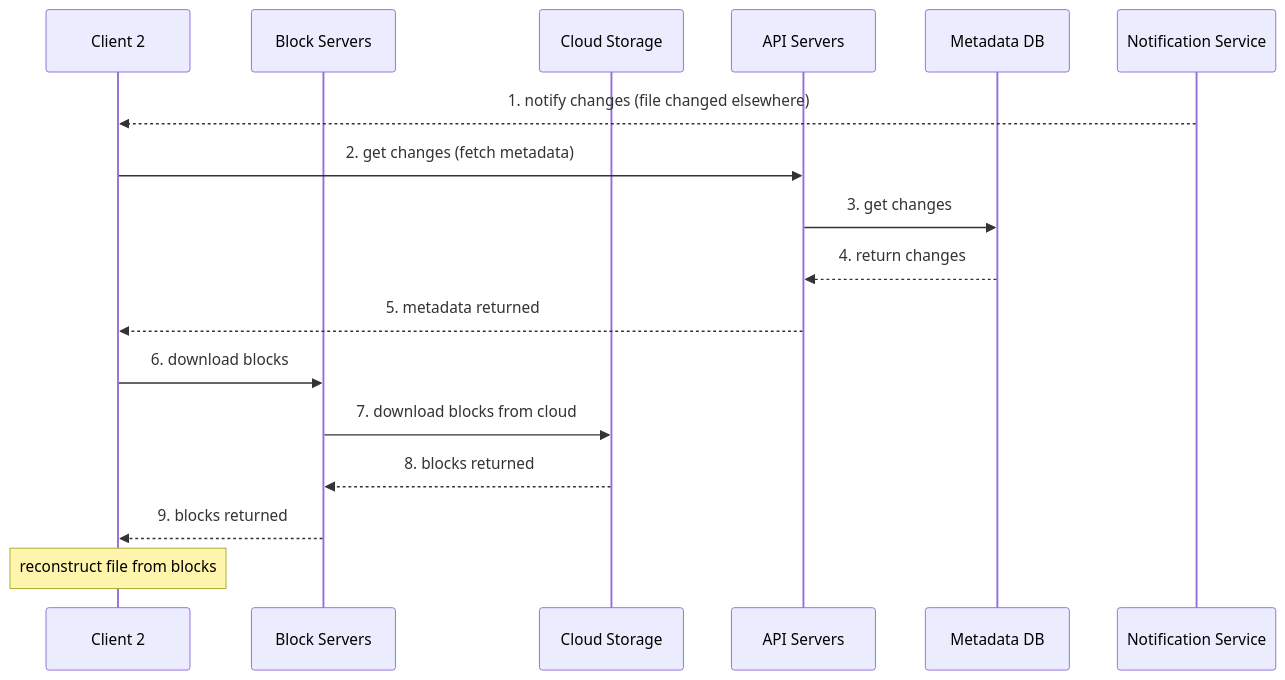
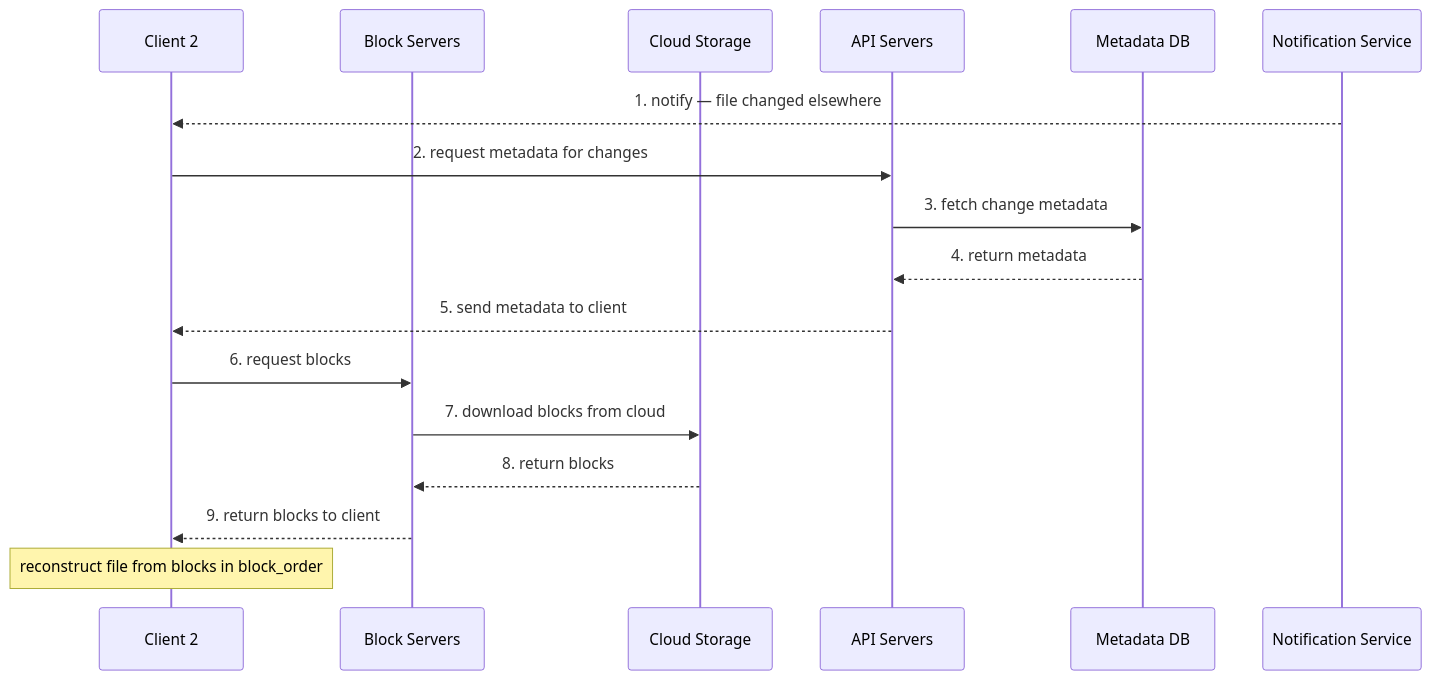
Diagram 12 of 16 in google-drive-system-design.md (Arnavjain1703/HLD), drawn with Mermaid before and after one commit. The commit also changed other lines of this file, not shown here.

````diff
--- a/google-drive-system-design.md
+++ b/google-drive-system-design.md
@@ -399,20 +428,20 @@
 ```mermaid
 sequenceDiagram
     participant C2 as Client 2
     participant BS as Block Servers
     participant CS as Cloud Storage
     participant API as API Servers
     participant MDB as Metadata DB
     participant NS as Notification Service
 
-    NS-->>C2: 1. notify changes (file changed elsewhere)
-    C2->>API: 2. get changes (fetch metadata)
-    API->>MDB: 3. get changes
-    MDB-->>API: 4. return changes
-    API-->>C2: 5. metadata returned
-    C2->>BS: 6. download blocks
+    NS-->>C2: 1. notify — file changed elsewhere
+    C2->>API: 2. request metadata for changes
+    API->>MDB: 3. fetch change metadata
+    MDB-->>API: 4. return metadata
+    API-->>C2: 5. send metadata to client
+    C2->>BS: 6. request blocks
     BS->>CS: 7. download blocks from cloud
-    CS-->>BS: 8. blocks returned
-    BS-->>C2: 9. blocks returned
-    Note over C2: reconstruct file from blocks
+    CS-->>BS: 8. return blocks
+    BS-->>C2: 9. return blocks to client
+    Note over C2: reconstruct file from blocks in block_order
 ```
````
